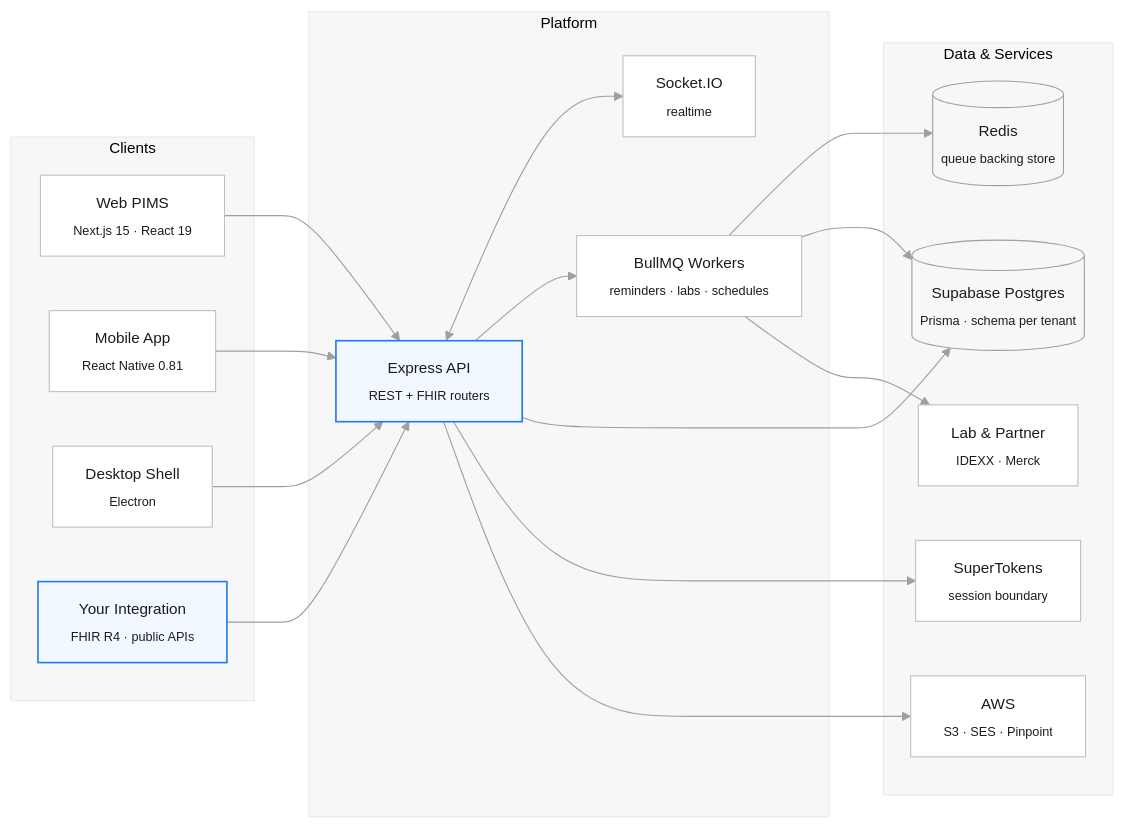
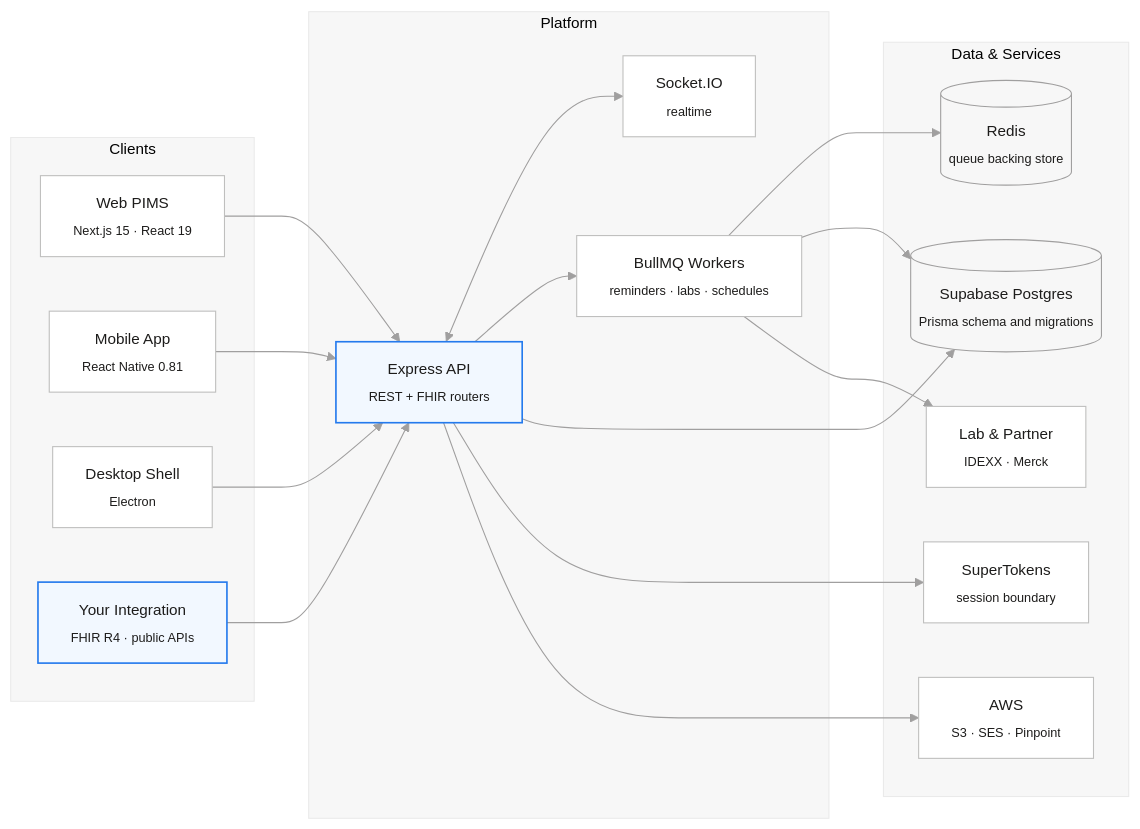
The diagram in README.md (YosemiteCrew/Yosemite-Crew), drawn with Mermaid before and after one commit. The commit also changed other lines of this file, not shown here.

````diff
--- a/README.md
+++ b/README.md
@@ -114,43 +154,43 @@
 ```mermaid
 %%{init: {"theme":"base","themeVariables":{"fontFamily":"ui-sans-serif, -apple-system, Segoe UI, Helvetica, Arial, sans-serif","primaryColor":"#ffffff","primaryTextColor":"#1d1c1b","primaryBorderColor":"#bfbfbe","lineColor":"#a09f9f","clusterBkg":"#f7f7f7","clusterBorder":"#eaeaea","fontSize":"14px"}}}%%
 flowchart LR
     subgraph clients ["Clients"]
         WEB["Web PIMS<br/><sub>Next.js 15 · React 19</sub>"]
         MOB["Mobile App<br/><sub>React Native 0.81</sub>"]
         DESK["Desktop Shell<br/><sub>Electron</sub>"]
         EXT["Your Integration<br/><sub>FHIR R4 · public APIs</sub>"]
     end
 
     subgraph platform ["Platform"]
         API["Express API<br/><sub>REST + FHIR routers</sub>"]
         RT["Socket.IO<br/><sub>realtime</sub>"]
         JOBS["BullMQ Workers<br/><sub>reminders · labs · schedules</sub>"]
     end
 
     subgraph data ["Data & Services"]
-        PG[("Supabase Postgres<br/><sub>Prisma · schema per tenant</sub>")]
+        PG[("Supabase Postgres<br/><sub>Prisma schema and migrations</sub>")]
         REDIS[("Redis<br/><sub>queue backing store</sub>")]
         AUTH["SuperTokens<br/><sub>session boundary</sub>"]
         AWS["AWS<br/><sub>S3 · SES · Pinpoint</sub>"]
         LABS["Lab & Partner<br/><sub>IDEXX · Merck</sub>"]
     end
 
     WEB --> API
     MOB --> API
     DESK --> API
     EXT --> API
 
     API <--> RT
     API --> JOBS
     API --> PG
     API --> AUTH
     API --> AWS
     JOBS --> REDIS
     JOBS --> PG
     JOBS --> LABS
 
     classDef accent fill:#f2f8ff,stroke:#247aed,stroke-width:1.5px,color:#1d1c1b
     classDef store fill:#f7f7f7,stroke:#a09f9f,color:#1d1c1b
     class API,EXT accent
     class PG,REDIS store
 ```
````
